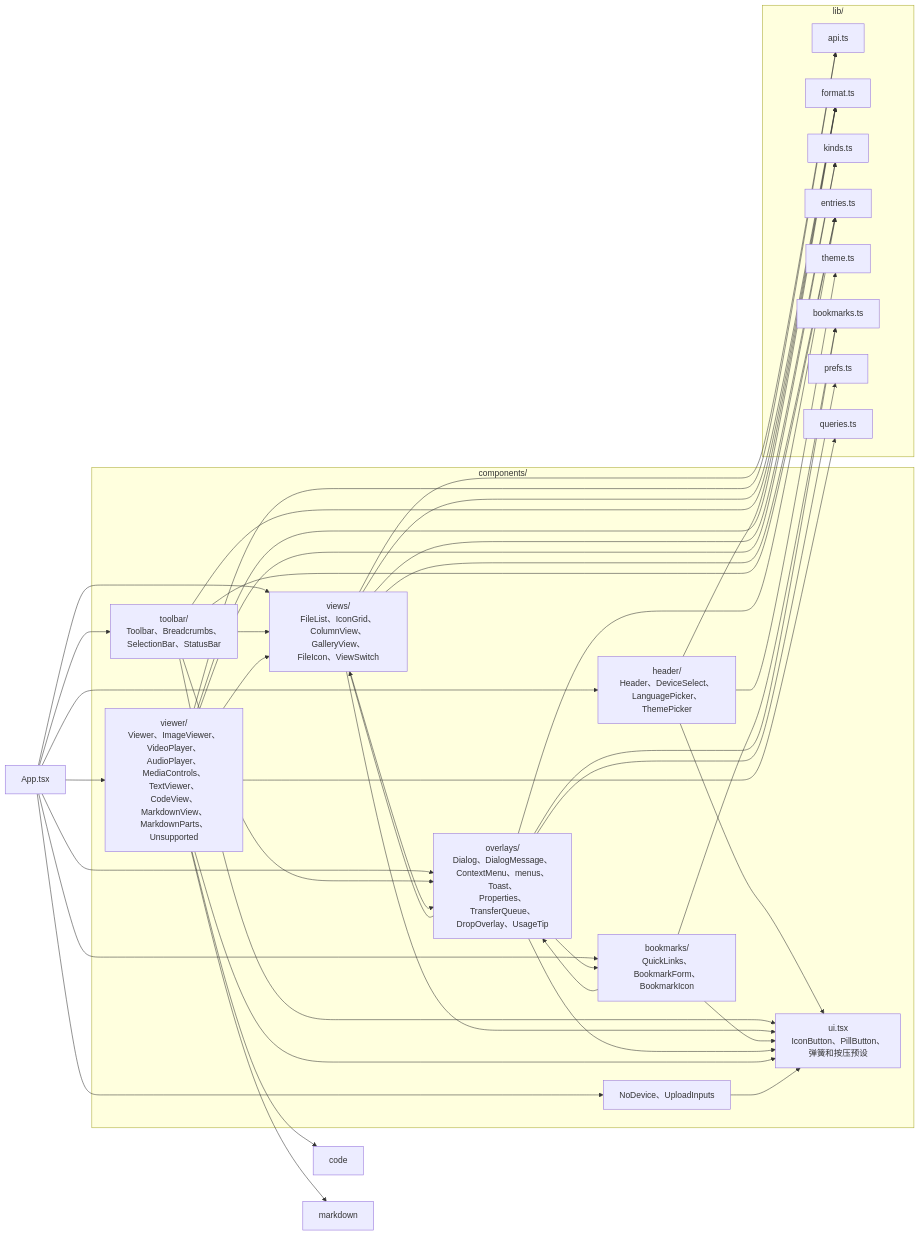
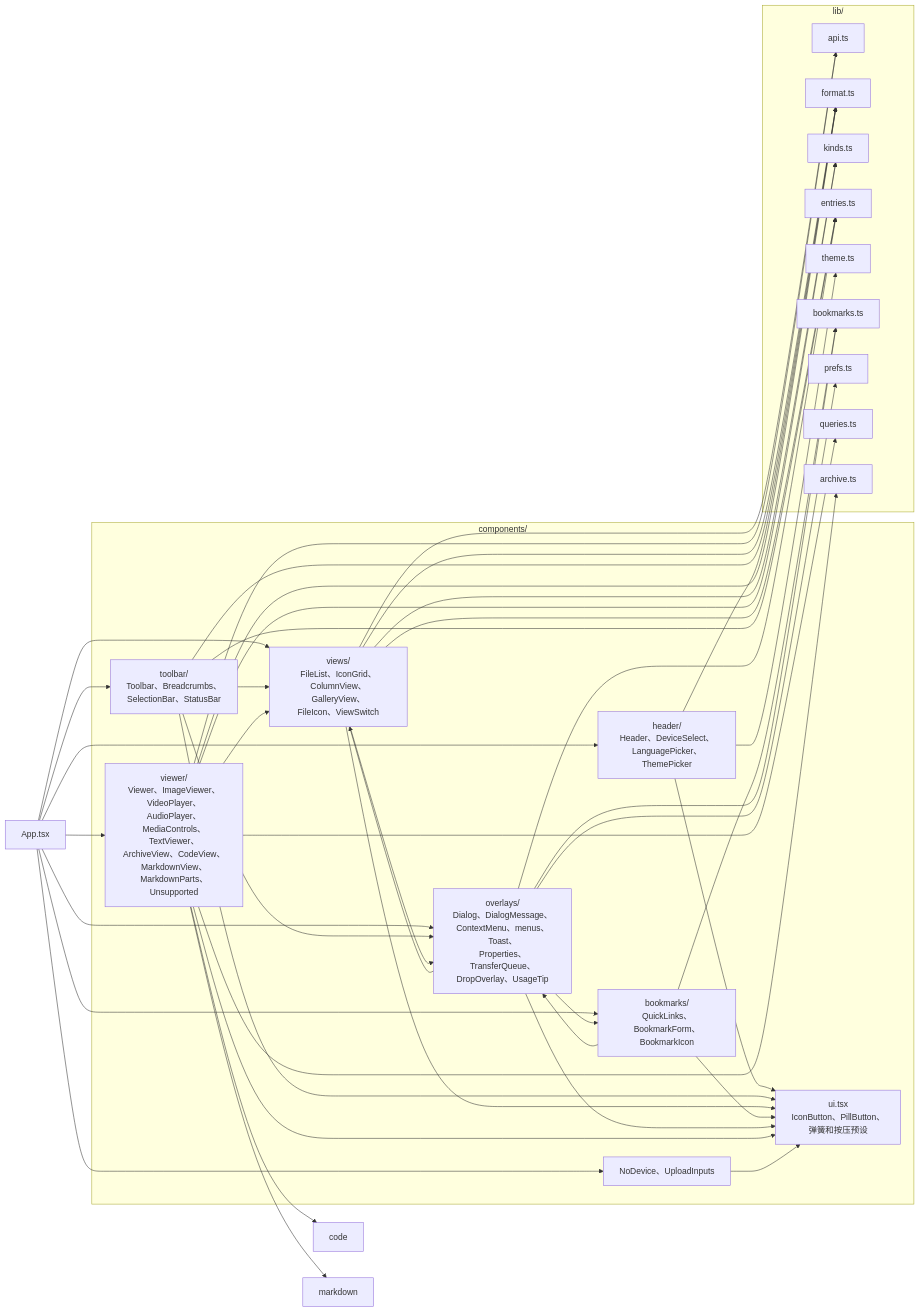
One commit to wynnyu/adb-file-manager changed the seventh of 11 diagrams in docs/architecture.md. Above: the diagram before and after it, drawn with Mermaid. The commit also changed other lines of this file and 30 other files, not shown here.

````diff
--- a/docs/architecture.md
+++ b/docs/architecture.md
@@ -269,42 +271,44 @@
 ```mermaid
 flowchart LR
   App["App.tsx"]
   subgraph comps["components/"]
     header["header/<br/>Header、DeviceSelect、<br/>LanguagePicker、ThemePicker"]
     toolbar["toolbar/<br/>Toolbar、Breadcrumbs、<br/>SelectionBar、StatusBar"]
     views["views/<br/>FileList、IconGrid、<br/>ColumnView、GalleryView、<br/>FileIcon、ViewSwitch"]
     bm["bookmarks/<br/>QuickLinks、BookmarkForm、<br/>BookmarkIcon"]
     overlays["overlays/<br/>Dialog、DialogMessage、<br/>ContextMenu、menus、Toast、<br/>Properties、TransferQueue、<br/>DropOverlay、UsageTip"]
-    viewer["viewer/<br/>Viewer、ImageViewer、<br/>VideoPlayer、AudioPlayer、<br/>MediaControls、TextViewer、<br/>CodeView、MarkdownView、<br/>MarkdownParts、Unsupported"]
+    viewer["viewer/<br/>Viewer、ImageViewer、<br/>VideoPlayer、AudioPlayer、<br/>MediaControls、TextViewer、<br/>ArchiveView、CodeView、<br/>MarkdownView、MarkdownParts、<br/>Unsupported"]
     misc["NoDevice、UploadInputs"]
     ui["ui.tsx<br/>IconButton、PillButton、<br/>弹簧和按压预设"]
   end
   subgraph lib["lib/"]
     api["api.ts"]
     format["format.ts"]
     kinds["kinds.ts"]
     entries["entries.ts"]
     theme["theme.ts"]
     bookmarksLib["bookmarks.ts"]
     prefs["prefs.ts"]
     queries["queries.ts"]
+    archiveLib["archive.ts"]
   end
 
   App --> header & toolbar & views & bm & overlays & viewer & misc
   header & toolbar & views & bm & overlays & viewer & misc --> ui
   toolbar --> views
   toolbar --> overlays
   views --> overlays
   overlays --> bm
   overlays --> views
   bm --> overlays
   views --> api
   views --> format & kinds & entries
   toolbar --> format & entries
   header --> format & theme
   bm --> bookmarksLib
   overlays --> bookmarksLib & entries & prefs
   viewer --> views
   viewer --> api & queries & format & kinds & code
   viewer --> markdown
+  viewer --> archiveLib
 ```
````
